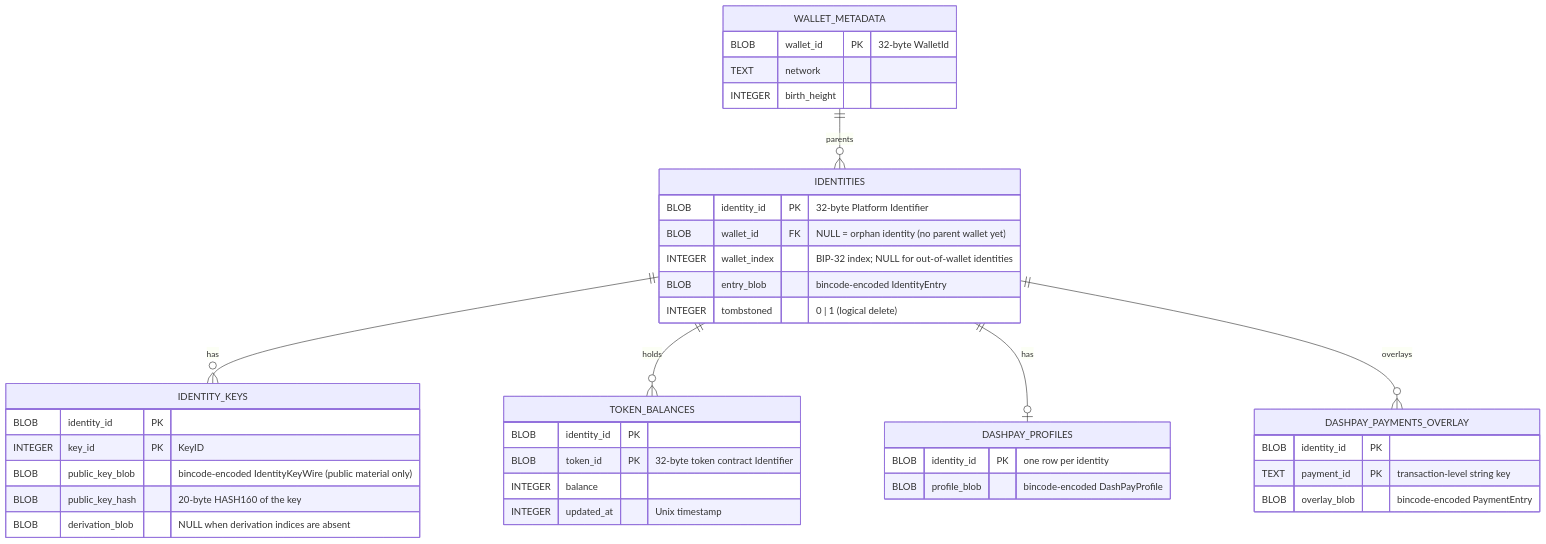
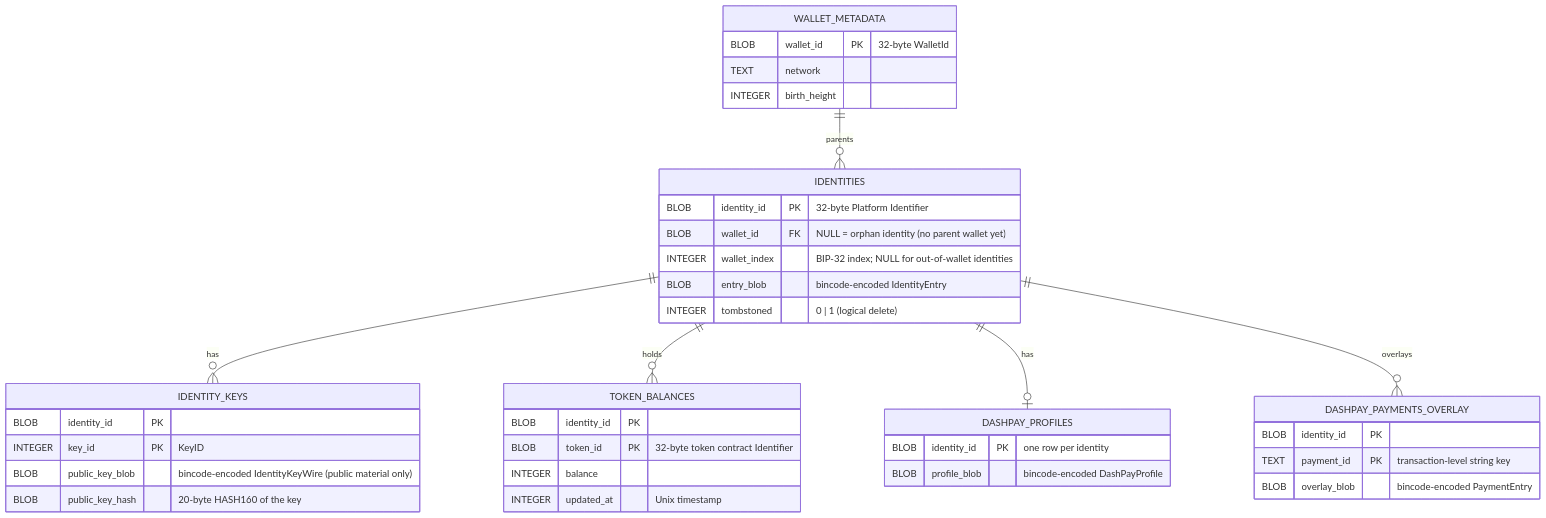
One commit to dashpay/platform changed the second of 5 diagrams in packages/rs-platform-wallet-storage/SCHEMA.md. Above: the diagram before and after it, drawn with Mermaid. The commit also changed 11 other files, not shown here.

````diff
--- a/packages/rs-platform-wallet-storage/SCHEMA.md
+++ b/packages/rs-platform-wallet-storage/SCHEMA.md
@@ -97,48 +97,47 @@
 ```mermaid
 erDiagram
     WALLET_METADATA ||--o{ IDENTITIES : "parents"
     IDENTITIES ||--o{ IDENTITY_KEYS : "has"
     IDENTITIES ||--o{ TOKEN_BALANCES : "holds"
     IDENTITIES ||--o| DASHPAY_PROFILES : "has"
     IDENTITIES ||--o{ DASHPAY_PAYMENTS_OVERLAY : "overlays"
 
     WALLET_METADATA {
         BLOB wallet_id PK "32-byte WalletId"
         TEXT network
         INTEGER birth_height
     }
 
     IDENTITIES {
         BLOB identity_id PK "32-byte Platform Identifier"
         BLOB wallet_id FK "NULL = orphan identity (no parent wallet yet)"
         INTEGER wallet_index "BIP-32 index; NULL for out-of-wallet identities"
         BLOB entry_blob "bincode-encoded IdentityEntry"
         INTEGER tombstoned "0 | 1 (logical delete)"
     }
 
     IDENTITY_KEYS {
         BLOB identity_id PK
         INTEGER key_id PK "KeyID"
         BLOB public_key_blob "bincode-encoded IdentityKeyWire (public material only)"
         BLOB public_key_hash "20-byte HASH160 of the key"
-        BLOB derivation_blob "NULL when derivation indices are absent"
     }
 
     TOKEN_BALANCES {
         BLOB identity_id PK
         BLOB token_id PK "32-byte token contract Identifier"
         INTEGER balance
         INTEGER updated_at "Unix timestamp"
     }
 
     DASHPAY_PROFILES {
         BLOB identity_id PK "one row per identity"
         BLOB profile_blob "bincode-encoded DashPayProfile"
     }
 
     DASHPAY_PAYMENTS_OVERLAY {
         BLOB identity_id PK
         TEXT payment_id PK "transaction-level string key"
         BLOB overlay_blob "bincode-encoded PaymentEntry"
     }
 ```
````
